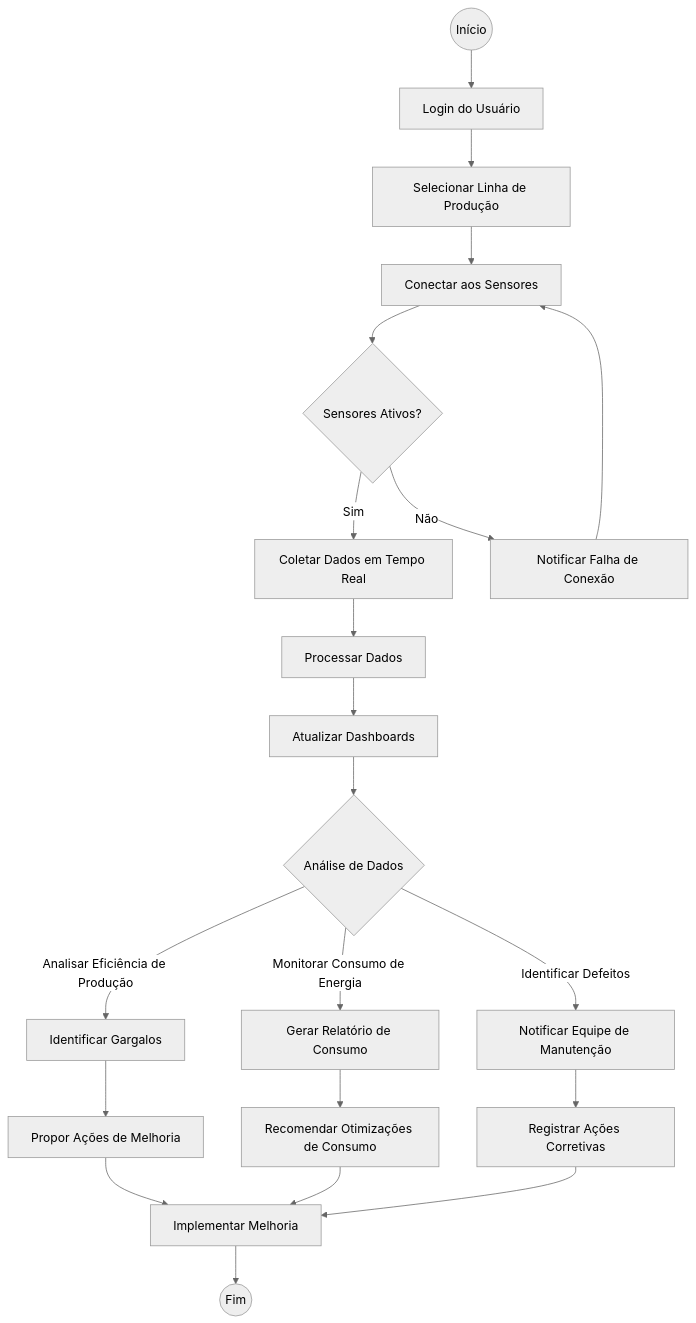
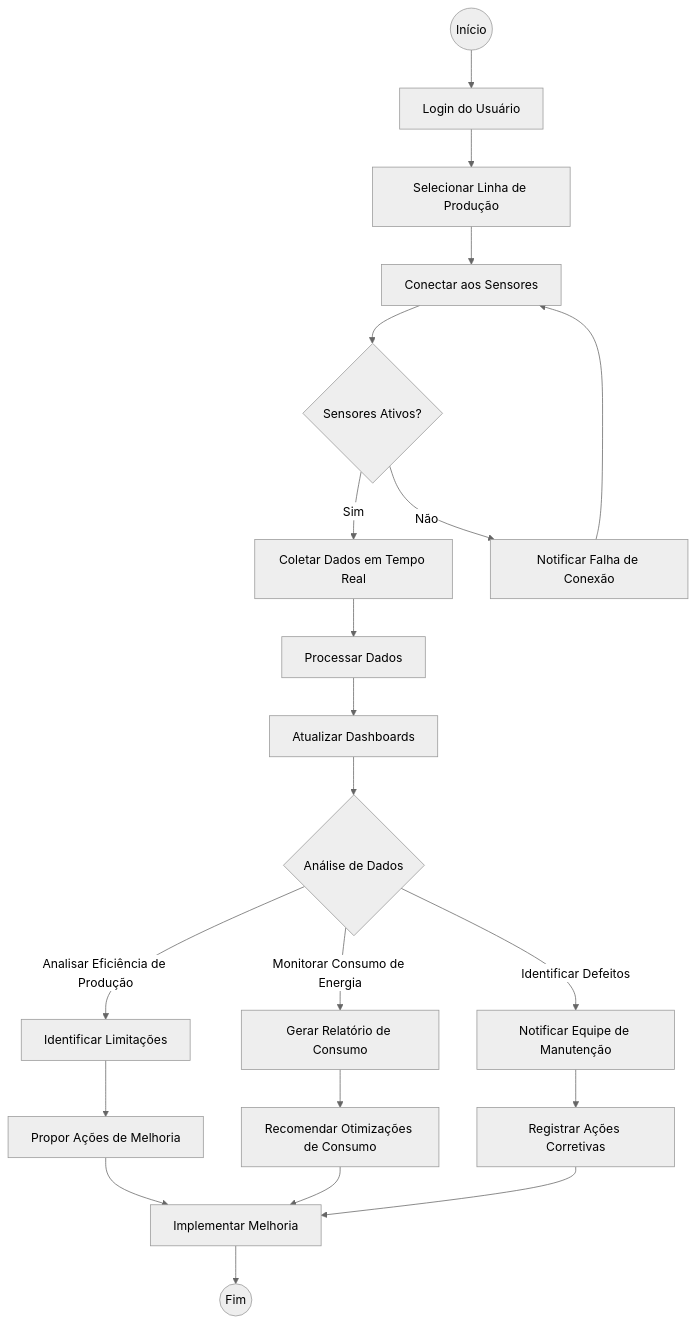
One commit to 05samuk/Sistema---IoT changed the second of 2 diagrams in README.md. Above: the diagram before and after it, drawn with Mermaid (neutral theme). The commit also changed other lines of this file, not shown here.

Commit message:
docs: "update README.md"

````diff
--- a/README.md
+++ b/README.md
@@ -108,23 +110,23 @@
 ```mermaid
 flowchart TD
     Start((Início)) --> A[Login do Usuário]
     A --> B[Selecionar Linha de Produção]
     B --> C[Conectar aos Sensores]
     C --> D{Sensores Ativos?}
     D -->|Sim| E[Coletar Dados em Tempo Real]
     E --> F[Processar Dados]
     F --> G[Atualizar Dashboards]
     G --> H{Análise de Dados}
     H -->|Identificar Defeitos| I[Notificar Equipe de Manutenção]
     H -->|Monitorar Consumo de Energia| J[Gerar Relatório de Consumo]
-    H -->|Analisar Eficiência de Produção| K[Identificar Gargalos]
+    H -->|Analisar Eficiência de Produção| K[Identificar Limitações]
     K --> L[Propor Ações de Melhoria]
     I --> M[Registrar Ações Corretivas]
     J --> N[Recomendar Otimizações de Consumo]
     L --> O[Implementar Melhoria]
     N --> O
     M --> O
     O --> End((Fim))
     D -->|Não| P[Notificar Falha de Conexão]
     P --> C
 ```
````
